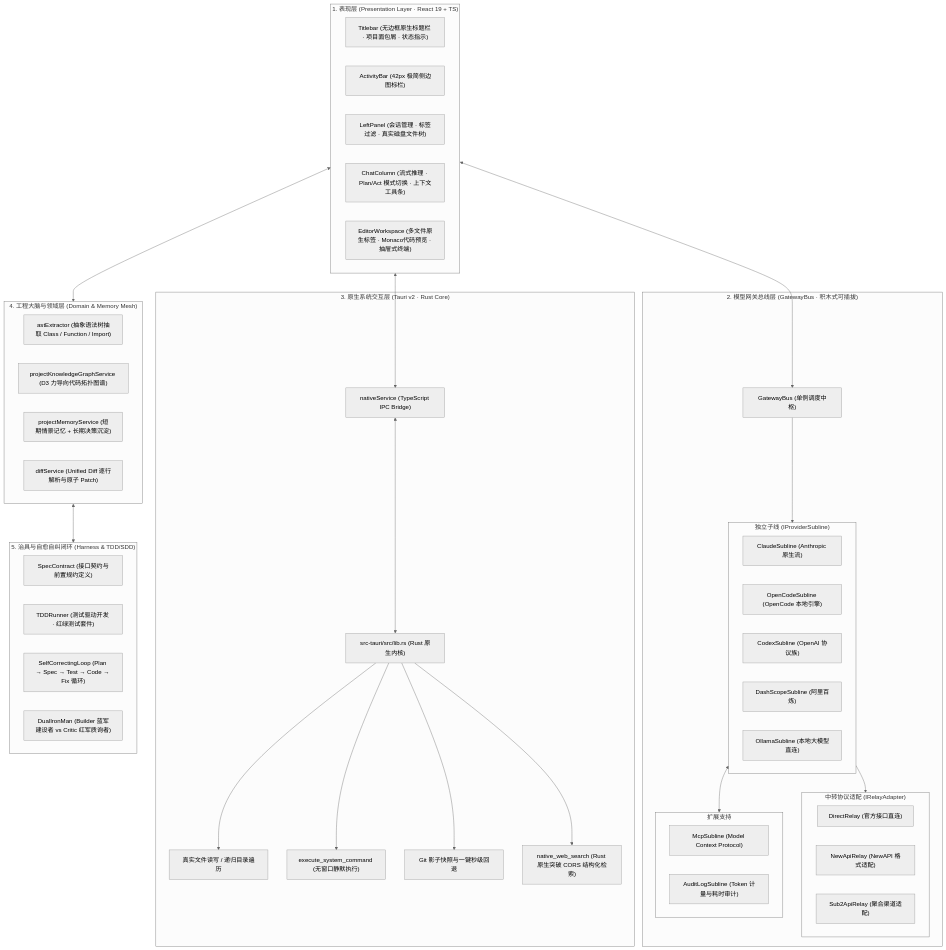
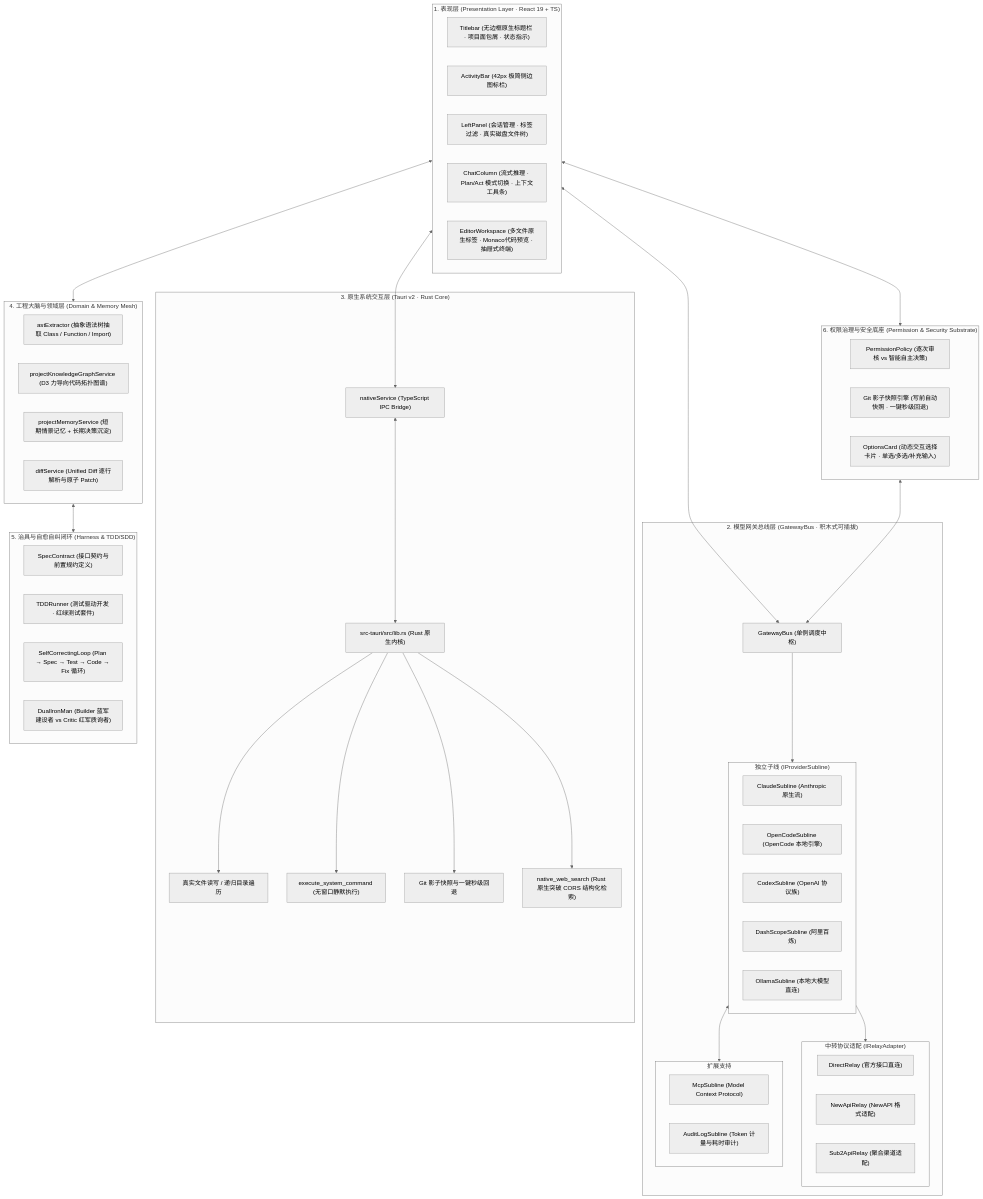
The first of 2 diagrams in ARCHITECTURE.md (zhangqi77ok-sys/GitWorklog), drawn with Mermaid (neutral theme) before and after one commit. The commit also changed 1 other file, not shown here.

Commit message:
feat(prd): add dual-track permission governance (strict review vs smart autonomous decision) to PRD and Architecture

````diff
--- a/ARCHITECTURE.md
+++ b/ARCHITECTURE.md
@@ -10,62 +10,69 @@
 ```mermaid
 graph TB
     subgraph UI ["1. 表现层 (Presentation Layer · React 19 + TS)"]
         Titlebar["Titlebar (无边框原生标题栏 · 项目面包屑 · 状态指示)"]
         ActivityBar["ActivityBar (42px 极简侧边图标栏)"]
         LeftPanel["LeftPanel (会话管理 · 标签过滤 · 真实磁盘文件树)"]
         ChatColumn["ChatColumn (流式推理 · Plan/Act 模式切换 · 上下文工具条)"]
         EditorWorkspace["EditorWorkspace (多文件原生标签 · Monaco代码预览 · 抽屉式终端)"]
     end
 
     subgraph Bus ["2. 模型网关总线层 (GatewayBus · 积木式可插拔)"]
         GatewayBus["GatewayBus (单例调度中枢)"]
         subgraph Sublines ["独立子线 (IProviderSubline)"]
             ClaudeLine["ClaudeSubline (Anthropic 原生流)"]
             OpenCodeLine["OpenCodeSubline (OpenCode 本地引擎)"]
             CodexLine["CodexSubline (OpenAI 协议族)"]
             DashScopeLine["DashScopeSubline (阿里百炼)"]
             OllamaLine["OllamaSubline (本地大模型直连)"]
         end
         subgraph Relays ["中转协议适配 (IRelayAdapter)"]
             DirectRelay["DirectRelay (官方接口直连)"]
             NewApiRelay["NewApiRelay (NewAPI 格式适配)"]
             Sub2ApiRelay["Sub2ApiRelay (聚合渠道适配)"]
         end
         subgraph Extensions ["扩展支持"]
             McpSubline["McpSubline (Model Context Protocol)"]
             AuditSubline["AuditLogSubline (Token 计量与耗时审计)"]
         end
     end
 
     subgraph NativeIPC ["3. 原生系统交互层 (Tauri v2 · Rust Core)"]
         NativeBridge["nativeService (TypeScript IPC Bridge)"]
         RustCore["src-tauri/src/lib.rs (Rust 原生内核)"]
         DiskIO["真实文件读写 / 递归目录遍历"]
         SysCmd["execute_system_command (无窗口静默执行)"]
         GitCheckpoint["Git 影子快照与一键秒级回退"]
         WebSearchEngine["native_web_search (Rust 原生突破 CORS 结构化检索)"]
     end
 
     subgraph DomainBrain ["4. 工程大脑与领域层 (Domain & Memory Mesh)"]
         ASTParser["astExtractor (抽象语法树抽取 Class / Function / Import)"]
         GraphRAG["projectKnowledgeGraphService (D3 力导向代码拓扑图谱)"]
         MemoryMesh["projectMemoryService (短期情景记忆 + 长期决策沉淀)"]
         DiffEngine["diffService (Unified Diff 逐行解析与原子 Patch)"]
     end
 
     subgraph HarnessSuite ["5. 治具与自愈自纠闭环 (Harness & TDD/SDD)"]
         SpecContract["SpecContract (接口契约与前置规约定义)"]
         TDDRunner["TDDRunner (测试驱动开发 · 红绿测试套件)"]
         SelfLoop["SelfCorrectingLoop (Plan → Spec → Test → Code → Fix 循环)"]
         DualIronMan["DualIronMan (Builder 蓝军建设者 vs Critic 红军质询者)"]
     end
 
+    subgraph SecuritySubstrate ["6. 权限治理与安全底座 (Permission & Security Substrate)"]
+        PermissionGateway["PermissionPolicy (逐次审核 vs 智能自主决策)"]
+        GitShadow["Git 影子快照引擎 (写前自动快照 · 一键秒级回退)"]
+        OptionsCard["OptionsCard (动态交互选择卡片 · 单选/多选/补充输入)"]
+    end
+
     UI <--> NativeBridge
     NativeBridge <--> RustCore
     RustCore --> DiskIO & SysCmd & GitCheckpoint & WebSearchEngine
     UI <--> GatewayBus
     GatewayBus --> Sublines --> Relays
     Sublines <--> Extensions
     UI <--> DomainBrain
     DomainBrain <--> HarnessSuite
+    UI <--> SecuritySubstrate <--> GatewayBus
 ```
````
